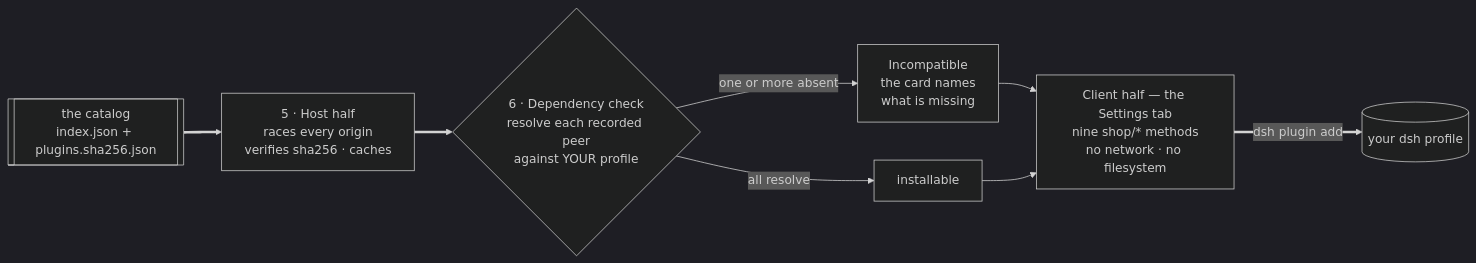
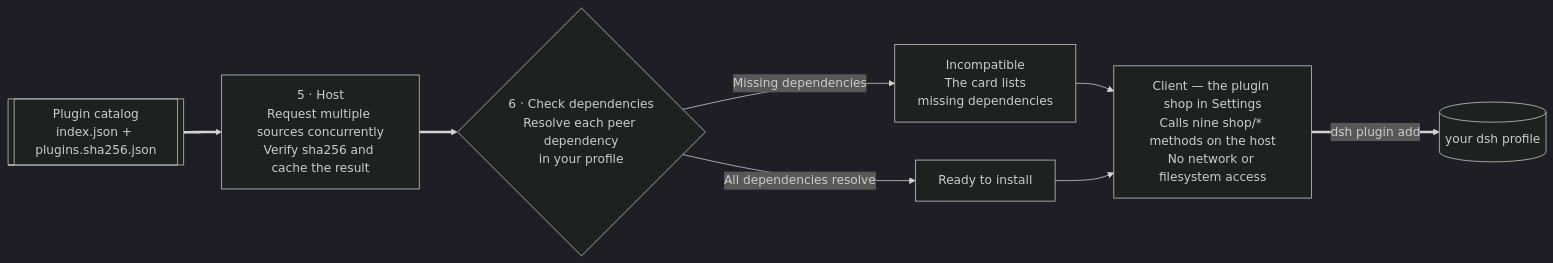
One commit to LivXue/dsh-plugin-shop changed the second of 2 diagrams in README.md. Above: the diagram before and after it, drawn with Mermaid (dark theme). The commit also changed other lines of this file and 6 other files, not shown here.

````diff
--- a/README.md
+++ b/README.md
@@ -150,11 +152,11 @@
 ```mermaid
 flowchart LR
-  CAT[["the catalog<br/>index.json + plugins.sha256.json"]]
-  CAT ==> HOST["5 · Host half<br/>races every origin<br/>verifies sha256 · caches"]
-  HOST ==> DEP{"6 · Dependency check<br/>resolve each recorded peer<br/>against YOUR profile"}
-  DEP -->|"one or more absent"| BAD["Incompatible<br/>the card names<br/>what is missing"]
-  DEP -->|"all resolve"| GOOD["installable"]
-  BAD --> CLIENT["Client half — the Settings tab<br/>nine shop/* methods<br/>no network · no filesystem"]
+  CAT[["Plugin catalog<br/>index.json + plugins.sha256.json"]]
+  CAT ==> HOST["5 · Host<br/>Request multiple sources concurrently<br/>Verify sha256 and cache the result"]
+  HOST ==> DEP{"6 · Check dependencies<br/>Resolve each peer dependency<br/>in your profile"}
+  DEP -->|"Missing dependencies"| BAD["Incompatible<br/>The card lists<br/>missing dependencies"]
+  DEP -->|"All dependencies resolve"| GOOD["Ready to install"]
+  BAD --> CLIENT["Client — the plugin shop in Settings<br/>Calls nine shop/* methods on the host<br/>No network or filesystem access"]
   GOOD --> CLIENT
   CLIENT ==>|"dsh plugin add"| PROF[("your dsh profile")]
 ```
````
